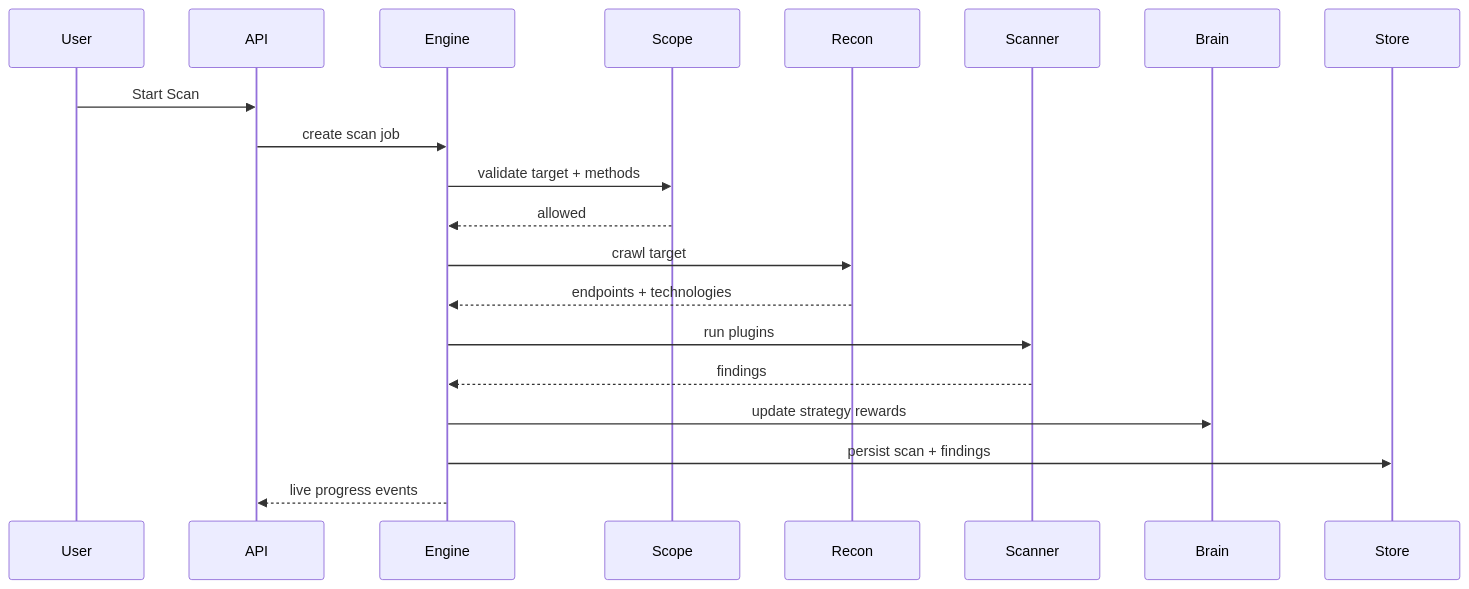
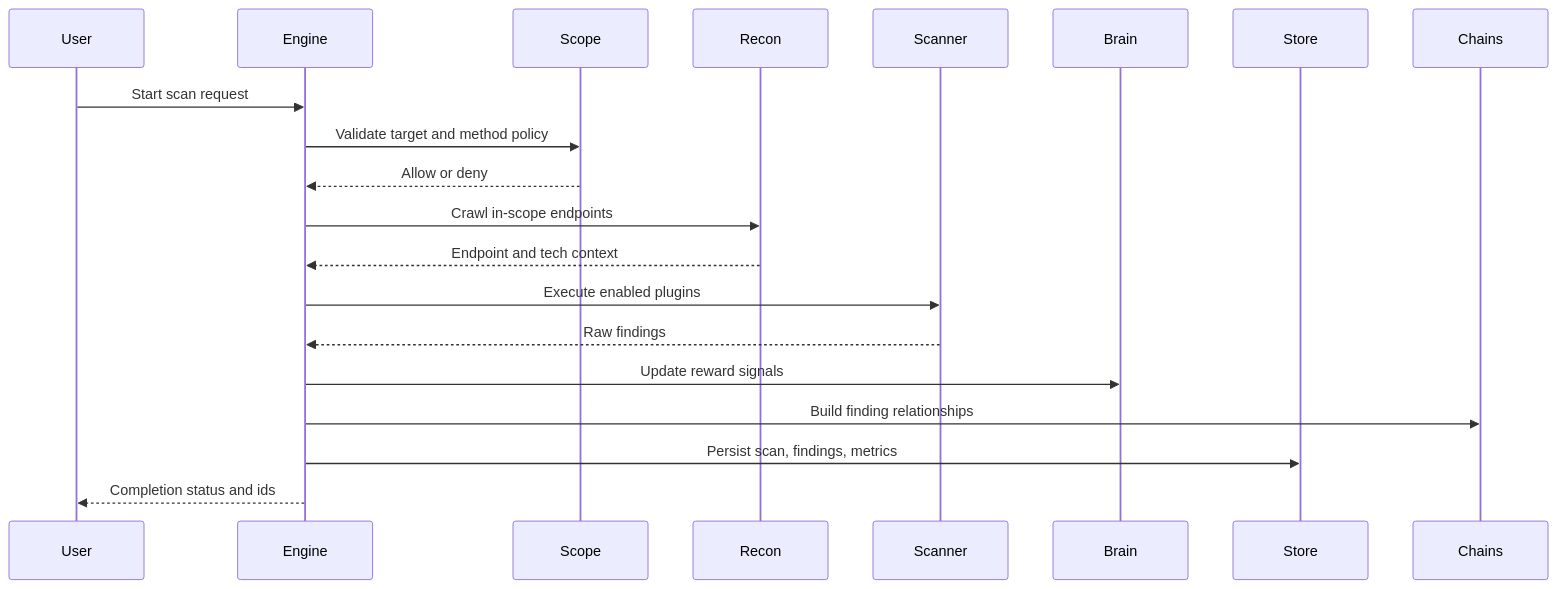
Before and after one commit to funbinet/navil: the second of 2 diagrams in docs/ARCHITECTURE.md, drawn with Mermaid. The commit also changed other lines of this file and 21 other files, not shown here.

````diff
--- a/docs/ARCHITECTURE.md
+++ b/docs/ARCHITECTURE.md
@@ -22,23 +42,22 @@
 ```mermaid
 sequenceDiagram
     participant User
-    participant API
     participant Engine
     participant Scope
     participant Recon
     participant Scanner
     participant Brain
     participant Store
 
-    User->>API: Start Scan
-    API->>Engine: create scan job
-    Engine->>Scope: validate target + methods
-    Scope-->>Engine: allowed
-    Engine->>Recon: crawl target
-    Recon-->>Engine: endpoints + technologies
-    Engine->>Scanner: run plugins
-    Scanner-->>Engine: findings
-    Engine->>Brain: update strategy rewards
-    Engine->>Store: persist scan + findings
-    Engine-->>API: live progress events
+    User->>Engine: Start scan request
+    Engine->>Scope: Validate target and method policy
+    Scope-->>Engine: Allow or deny
+    Engine->>Recon: Crawl in-scope endpoints
+    Recon-->>Engine: Endpoint and tech context
+    Engine->>Scanner: Execute enabled plugins
+    Scanner-->>Engine: Raw findings
+    Engine->>Brain: Update reward signals
+    Engine->>Chains: Build finding relationships
+    Engine->>Store: Persist scan, findings, metrics
+    Engine-->>User: Completion status and ids
 ```
````
